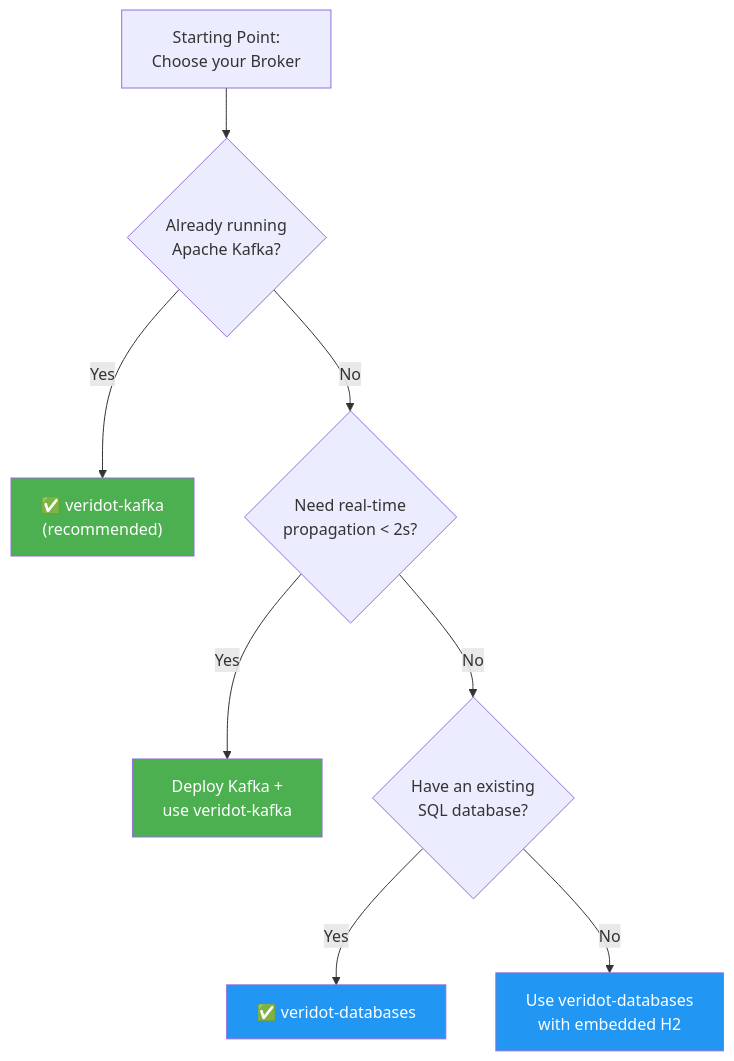
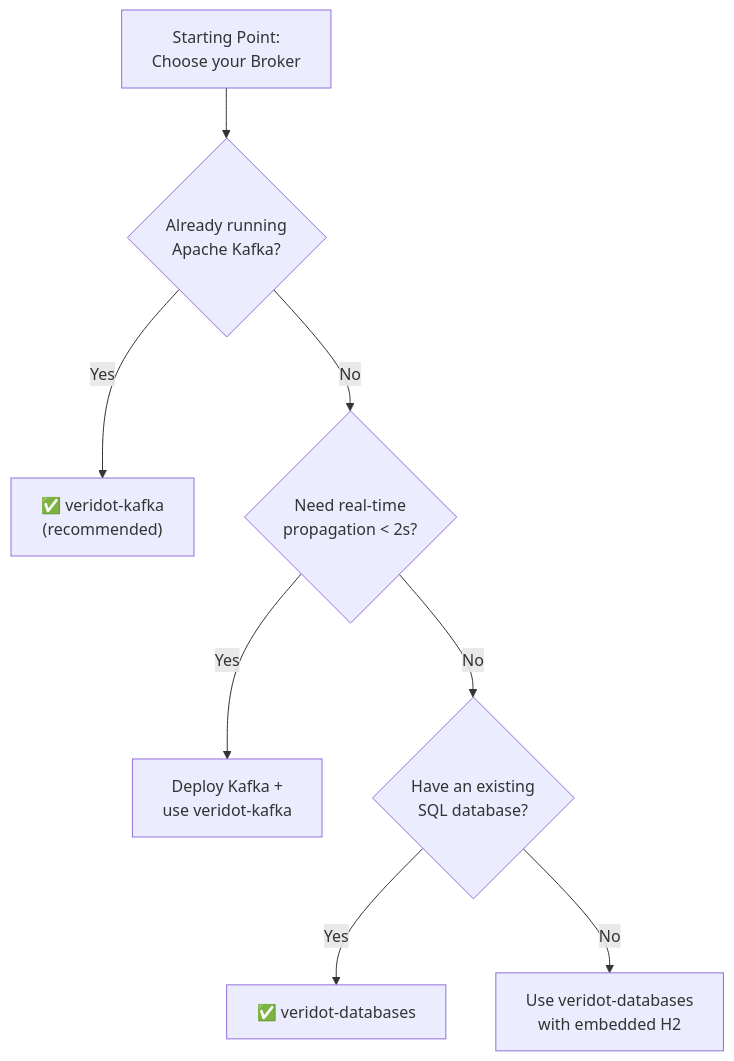
Before and after one commit to cyfko/veridot: the diagram in docs/docs/getting-started/choosing-a-broker.md, drawn with Mermaid. The commit also changed 25 other files, not shown here.

First line of the commit message:
style: remove colorful fill styles from Mermaid diagrams

````diff
--- a/docs/docs/getting-started/choosing-a-broker.md
+++ b/docs/docs/getting-started/choosing-a-broker.md
@@ -22,15 +22,11 @@
 ```mermaid
 graph TD
     A["Starting Point:<br/>Choose your Broker"] --> B{"Already running<br/>Apache Kafka?"}
     B -- "Yes" --> C["✅ veridot-kafka<br/>(recommended)"]
     B -- "No" --> D{"Need real-time<br/>propagation < 2s?"}
     D -- "Yes" --> E["Deploy Kafka +<br/>use veridot-kafka"]
     D -- "No" --> F{"Have an existing<br/>SQL database?"}
     F -- "Yes" --> G["✅ veridot-databases"]
     F -- "No" --> H["Use veridot-databases<br/>with embedded H2"]
 
-    style C fill:#4CAF50,color:#fff
-    style G fill:#2196F3,color:#fff
-    style E fill:#4CAF50,color:#fff
-    style H fill:#2196F3,color:#fff
 ```
````
